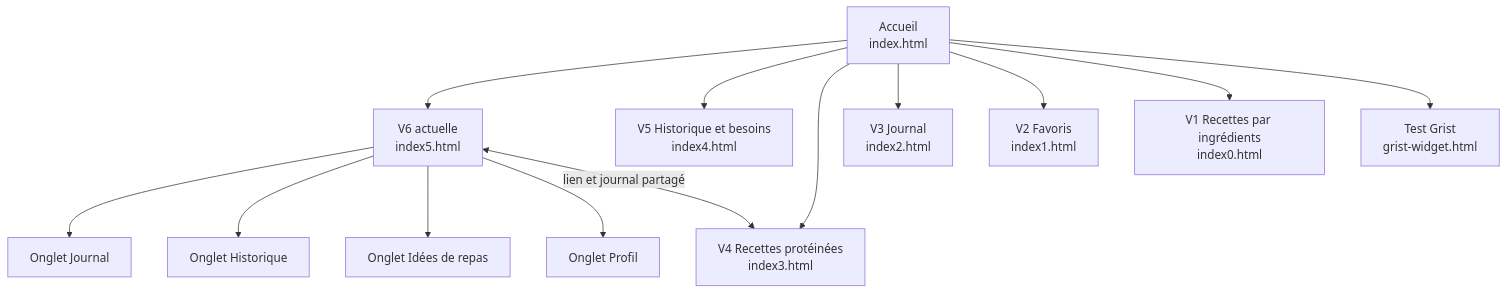
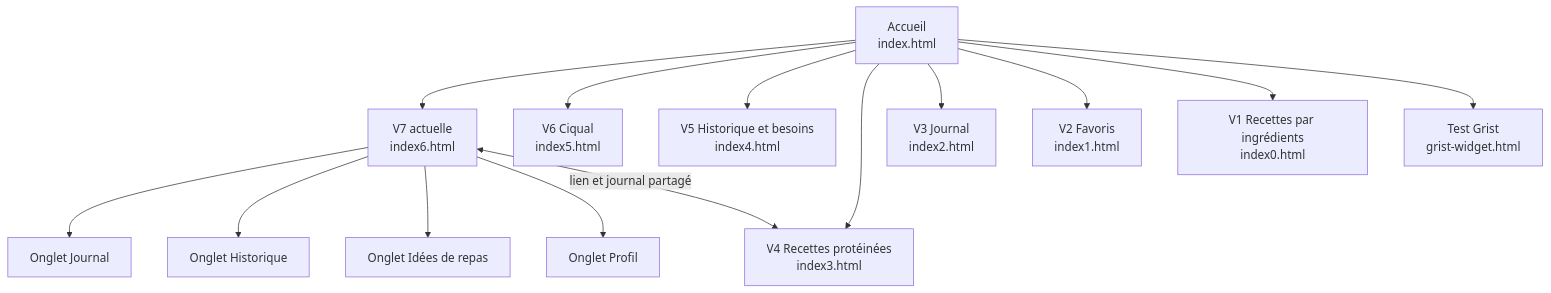
The first of 2 diagrams in accueil.md (Sami-Le/generateur-de-recettes), drawn with Mermaid before and after one commit. The commit also changed other lines of this file and 5 other files, not shown here.

First line of the commit message:
V7 : icônes par famille d'aliments, tolérance aux fautes de frappe, graphisme retouché

````diff
--- a/accueil.md
+++ b/accueil.md
@@ -25,16 +25,17 @@
 ```mermaid
 flowchart TD
-    A["Accueil<br/>index.html"] --> V6["V6 actuelle<br/>index5.html"]
+    A["Accueil<br/>index.html"] --> V7["V7 actuelle<br/>index6.html"]
+    A --> V6["V6 Ciqual<br/>index5.html"]
     A --> V5["V5 Historique et besoins<br/>index4.html"]
     A --> V4["V4 Recettes protéinées<br/>index3.html"]
     A --> V3["V3 Journal<br/>index2.html"]
     A --> V2["V2 Favoris<br/>index1.html"]
     A --> V1["V1 Recettes par ingrédients<br/>index0.html"]
     A --> G["Test Grist<br/>grist-widget.html"]
 
-    V6 --> J["Onglet Journal"]
-    V6 --> H["Onglet Historique"]
-    V6 --> I["Onglet Idées de repas"]
-    V6 --> P["Onglet Profil"]
-    V6 <-->|"lien et journal partagé"| V4
+    V7 --> J["Onglet Journal"]
+    V7 --> H["Onglet Historique"]
+    V7 --> I["Onglet Idées de repas"]
+    V7 --> P["Onglet Profil"]
+    V7 <-->|"lien et journal partagé"| V4
 ```
````
